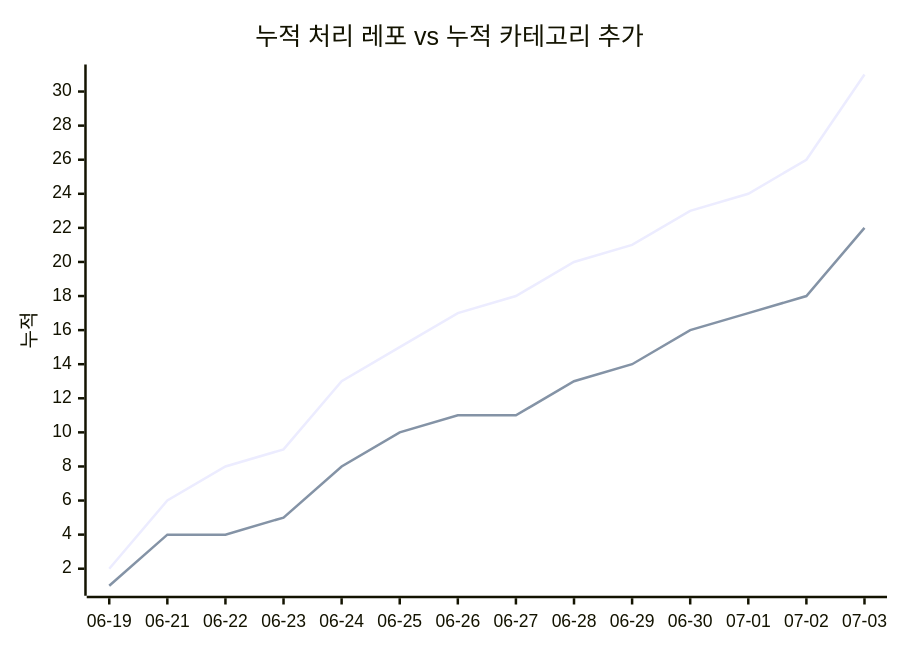
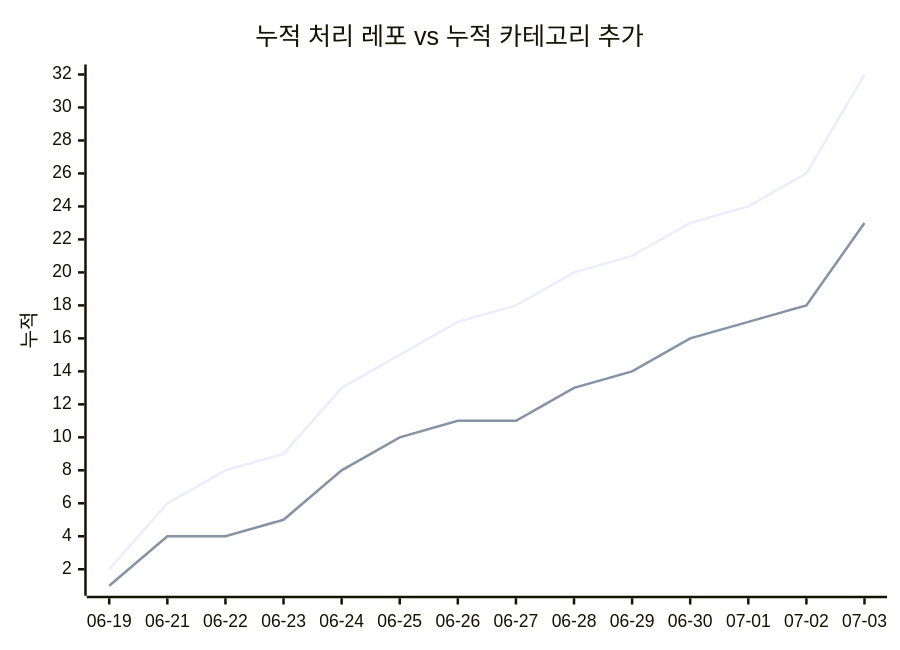
One commit to J-nowcow/awesome-korean-agent-skills changed the second of 2 diagrams in docs/trends.md. Above: the diagram before and after it, drawn with Mermaid. The commit also changed other lines of this file and 4 other files, not shown here.

````diff
--- a/docs/trends.md
+++ b/docs/trends.md
@@ -68,8 +68,8 @@
 ```mermaid
 xychart-beta
     title "누적 처리 레포 vs 누적 카테고리 추가"
     x-axis ["06-19","06-21","06-22","06-23","06-24","06-25","06-26","06-27","06-28","06-29","06-30","07-01","07-02","07-03"]
     y-axis "누적"
-    line [2,6,8,9,13,15,17,18,20,21,23,24,26,31]
-    line [1,4,4,5,8,10,11,11,13,14,16,17,18,22]
+    line [2,6,8,9,13,15,17,18,20,21,23,24,26,32]
+    line [1,4,4,5,8,10,11,11,13,14,16,17,18,23]
 ```
````
